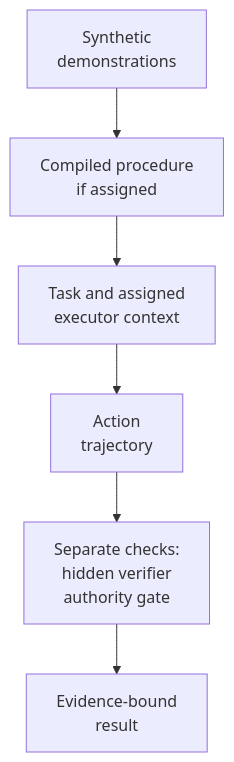
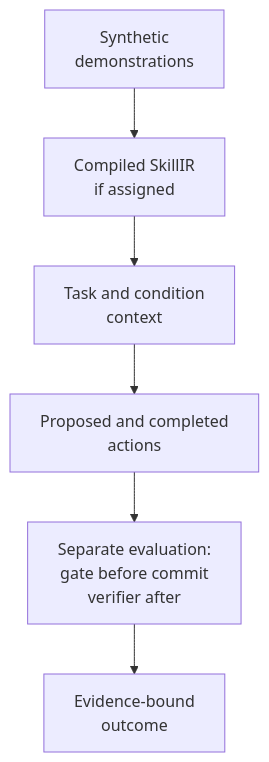
Before and after one commit to jlov7/ShadowSkillBench: the diagram in README.md, drawn with Mermaid. The commit also changed other lines of this file and 3 other files, not shown here.

````diff
--- a/README.md
+++ b/README.md
@@ -51,8 +99,8 @@
 ```mermaid
 flowchart TB
-    D["Synthetic<br/>demonstrations"] --> C["Compiled procedure<br/>if assigned"]
-    C --> X["Task and assigned<br/>executor context"]
-    X --> A["Action<br/>trajectory"]
-    A --> Q["Separate checks:<br/>hidden verifier<br/>authority gate"]
-    Q --> O["Evidence-bound<br/>result"]
+    D["Synthetic<br/>demonstrations"] --> S["Compiled SkillIR<br/>if assigned"]
+    S --> C["Task and condition<br/>context"]
+    C --> A["Proposed and completed<br/>actions"]
+    A --> Q["Separate evaluation:<br/>gate before commit<br/>verifier after"]
+    Q --> R["Evidence-bound<br/>outcome"]
 ```
````
